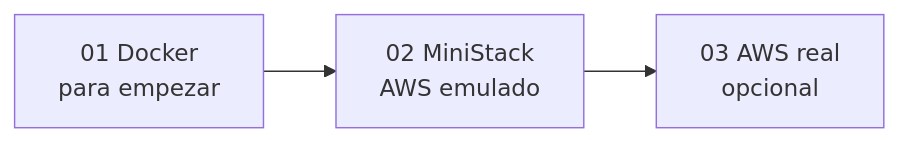
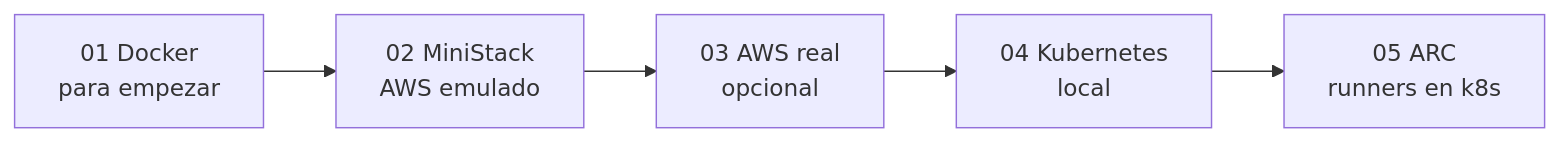
One commit to roxsross/terraform-devops-labs changed the first of 2 diagrams in README.md. Above: the diagram before and after it, drawn with Mermaid. The commit also changed other lines of this file, not shown here.

````diff
--- a/README.md
+++ b/README.md
@@ -17,4 +34,5 @@
 ```mermaid
 flowchart LR
   L1[01 Docker<br/>para empezar] --> L2[02 MiniStack<br/>AWS emulado] --> L3[03 AWS real<br/>opcional]
+  L3 --> L4[04 Kubernetes<br/>local] --> L5[05 ARC<br/>runners en k8s]
 ```
````
